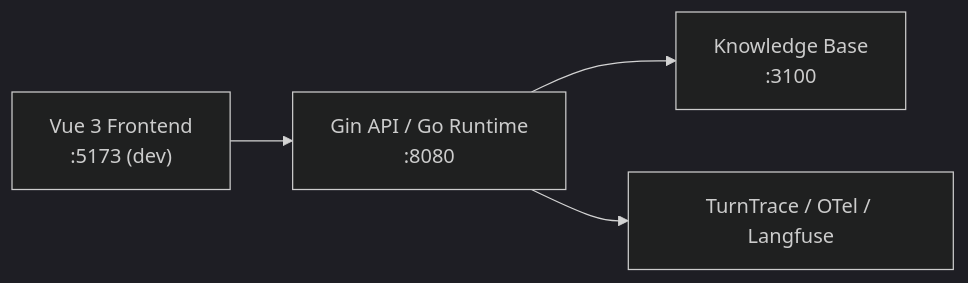
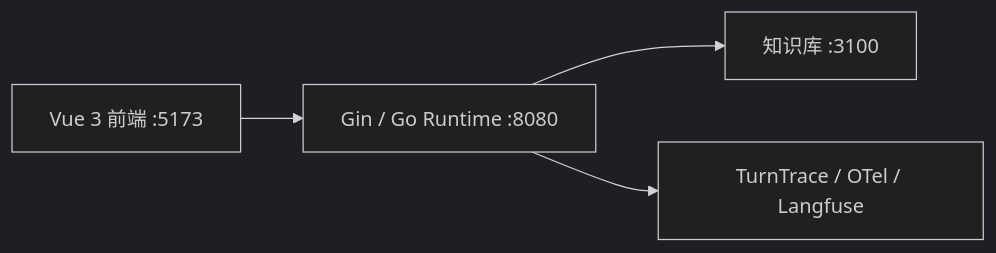
One commit to observer-mimiron/suanming-agent changed the diagram in README.md. Above: the diagram before and after it, drawn with Mermaid (dark theme). The commit also changed other lines of this file, not shown here.

````diff
--- a/README.md
+++ b/README.md
@@ -91,6 +23,6 @@
 ```mermaid
 flowchart LR
-    FE["Vue 3 Frontend<br/>:5173 (dev)"] --> API["Gin API / Go Runtime<br/>:8080"]
-    API --> KB["Knowledge Base<br/>:3100"]
+    FE["Vue 3 前端 :5173"] --> API["Gin / Go Runtime :8080"]
+    API --> KB["知识库 :3100"]
     API --> OBS["TurnTrace / OTel / Langfuse"]
 ```
````
